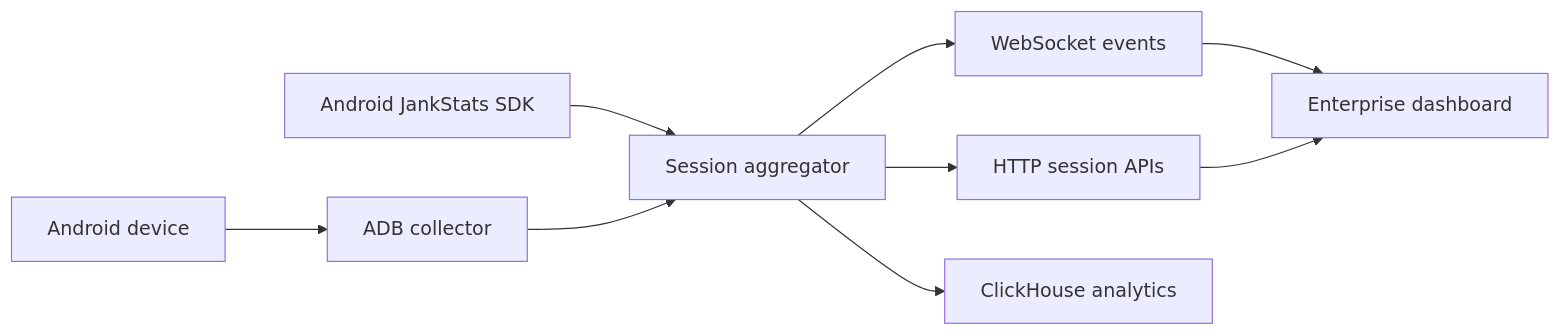
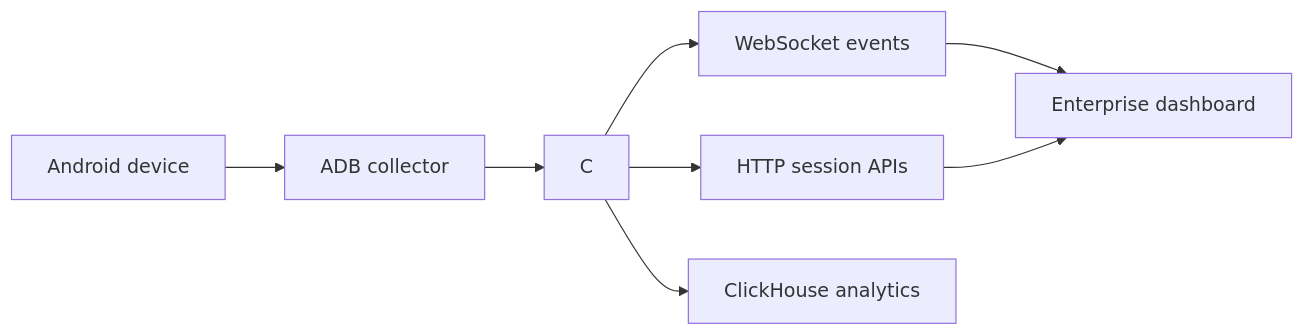
Before and after one commit to hfcypm/monorepo-FPS: the diagram in .monkeycode/specs/android-performance-observability/design.md, drawn with Mermaid. The commit also changed other lines of this file and 12 other files, not shown here.

````diff
--- a/.monkeycode/specs/android-performance-observability/design.md
+++ b/.monkeycode/specs/android-performance-observability/design.md
@@ -12,11 +12,10 @@
 ```mermaid
 flowchart LR
   A["Android device"] --> B["ADB collector"]
-  G["Android JankStats SDK"] --> C["Session aggregator"]
   B --> C
   C --> D["WebSocket events"]
   C --> E["HTTP session APIs"]
   C --> H["ClickHouse analytics"]
   D --> F["Enterprise dashboard"]
   E --> F
 ```
````
